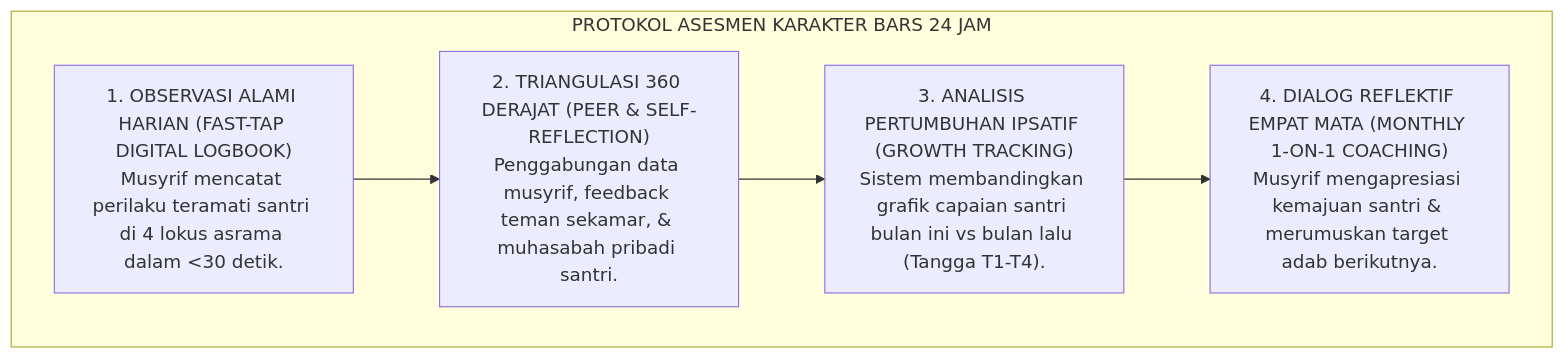
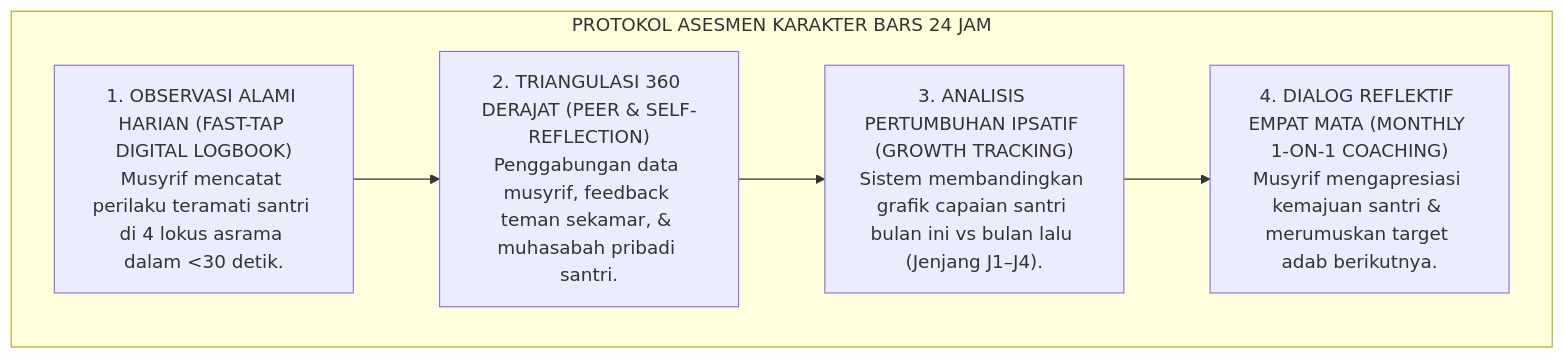
One commit to wandiapriliyandi/tumbuh changed the fourth of 4 diagrams in 03 Capacity Framework/01 Graduate Profile/P3-01-02-Kompetensi-Inti-10-Karakter-Santri.md. Above: the diagram before and after it, drawn with Mermaid. The commit also changed other lines of this file and 209 other files, not shown here.

````diff
--- a/03 Capacity Framework/01 Graduate Profile/P3-01-02-Kompetensi-Inti-10-Karakter-Santri.md
+++ b/03 Capacity Framework/01 Graduate Profile/P3-01-02-Kompetensi-Inti-10-Karakter-Santri.md
@@ -199,14 +199,14 @@
 ```mermaid
 flowchart TD
     subgraph SOPAsesmenKarakterIpsatif["PROTOKOL ASESMEN KARAKTER BARS 24 JAM"]
         Observasi["1. OBSERVASI ALAMI HARIAN (FAST-TAP DIGITAL LOGBOOK)<br/>Musyrif mencatat perilaku teramati santri di 4 lokus asrama dalam <30 detik."]
         
         Triangulasi["2. TRIANGULASI 360 DERAJAT (PEER & SELF-REFLECTION)<br/>Penggabungan data musyrif, feedback teman sekamar, & muhasabah pribadi santri."]
         
-        EvaluasiIpsatif["3. ANALISIS PERTUMBUHAN IPSATIF (GROWTH TRACKING)<br/>Sistem membandingkan grafik capaian santri bulan ini vs bulan lalu (Tangga T1-T4)."]
+        EvaluasiIpsatif["3. ANALISIS PERTUMBUHAN IPSATIF (GROWTH TRACKING)<br/>Sistem membandingkan grafik capaian santri bulan ini vs bulan lalu (Jenjang J1–J4)."]
         
         UmpanBalik["4. DIALOG REFLEKTIF EMPAT MATA (MONTHLY 1-ON-1 COACHING)<br/>Musyrif mengapresiasi kemajuan santri & merumuskan target adab berikutnya."]
         
         Observasi --> Triangulasi --> EvaluasiIpsatif --> UmpanBalik
     end
 ```
````
